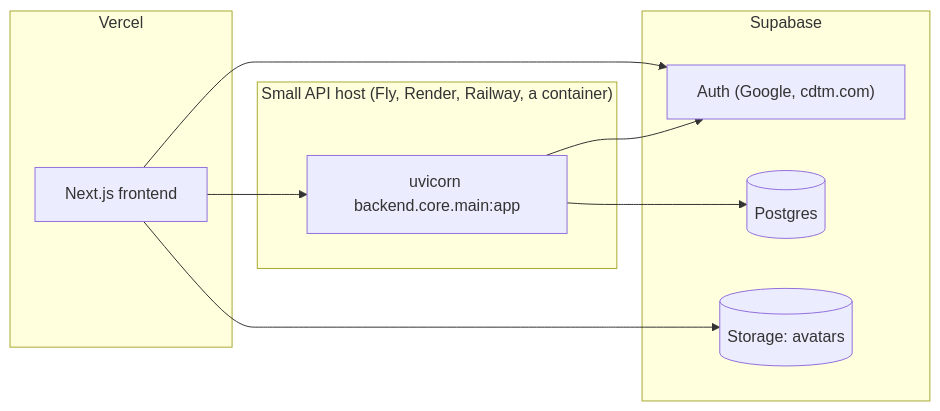
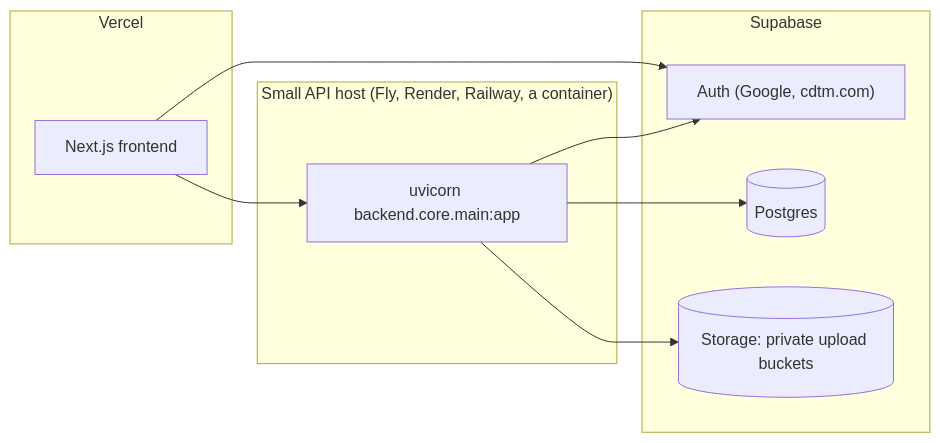
The fourth of 4 diagrams in docs/architecture.md (kkkamur07/cdtm-job), drawn with Mermaid before and after one commit. The commit also changed other lines of this file and 188 other files, not shown here.

````diff
--- a/docs/architecture.md
+++ b/docs/architecture.md
@@ -328,19 +330,19 @@
 ```mermaid
 flowchart LR
     subgraph Vercel
         Web["Next.js frontend"]
     end
     subgraph APIHost["Small API host (Fly, Render, Railway, a container)"]
         API["uvicorn backend.core.main:app"]
     end
     subgraph Supabase
         Auth["Auth (Google, cdtm.com)"]
         PG[("Postgres")]
-        Store[("Storage: avatars")]
+        Store[("Storage: private upload buckets")]
     end
     Web --> API
     Web --> Auth
-    Web --> Store
     API --> PG
     API --> Auth
+    API --> Store
 ```
````
